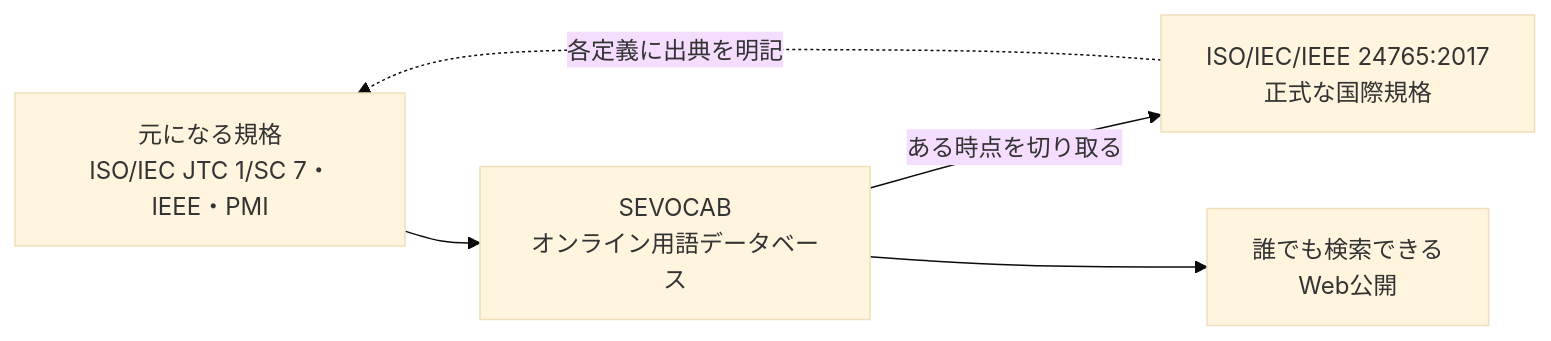
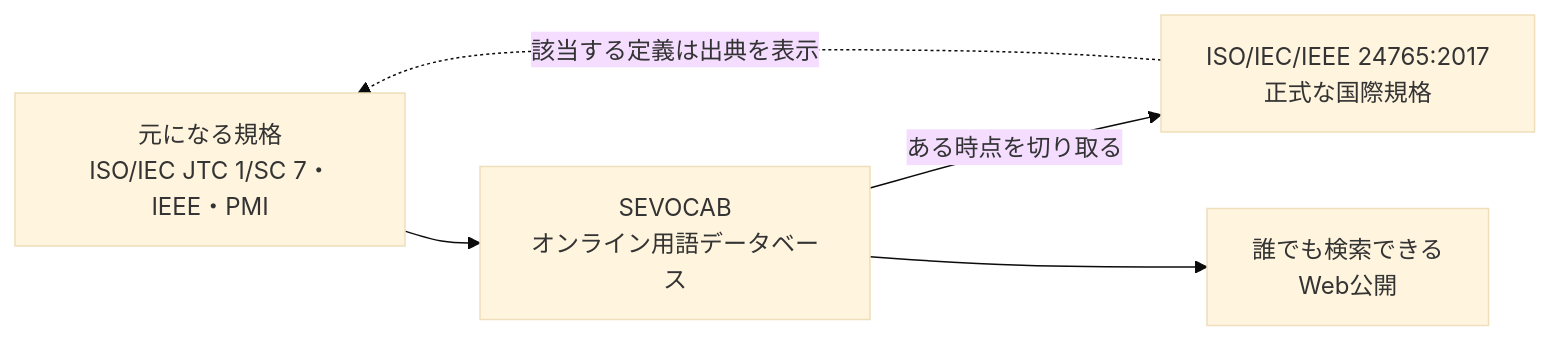
Before and after one commit to myoshi2891/Quality-Assurance-Studies: the first of 13 diagrams in Iso-iec-ieee-24765-2017-guide.md, drawn with Mermaid (base theme). The commit also changed other lines of this file, not shown here.

````diff
--- a/Iso-iec-ieee-24765-2017-guide.md
+++ b/Iso-iec-ieee-24765-2017-guide.md
@@ -43,7 +43,7 @@
 ```mermaid
 flowchart LR
     A["元になる規格<br/>ISO/IEC JTC 1/SC 7・IEEE・PMI"] --> B["SEVOCAB<br/>オンライン用語データベース"]
     B -->|"ある時点を切り取る"| C["ISO/IEC/IEEE 24765:2017<br/>正式な国際規格"]
     B --> D["誰でも検索できる<br/>Web公開"]
-    C -.->|"各定義に出典を明記"| A
+    C -.->|"該当する定義は出典を表示"| A
 ```
````
